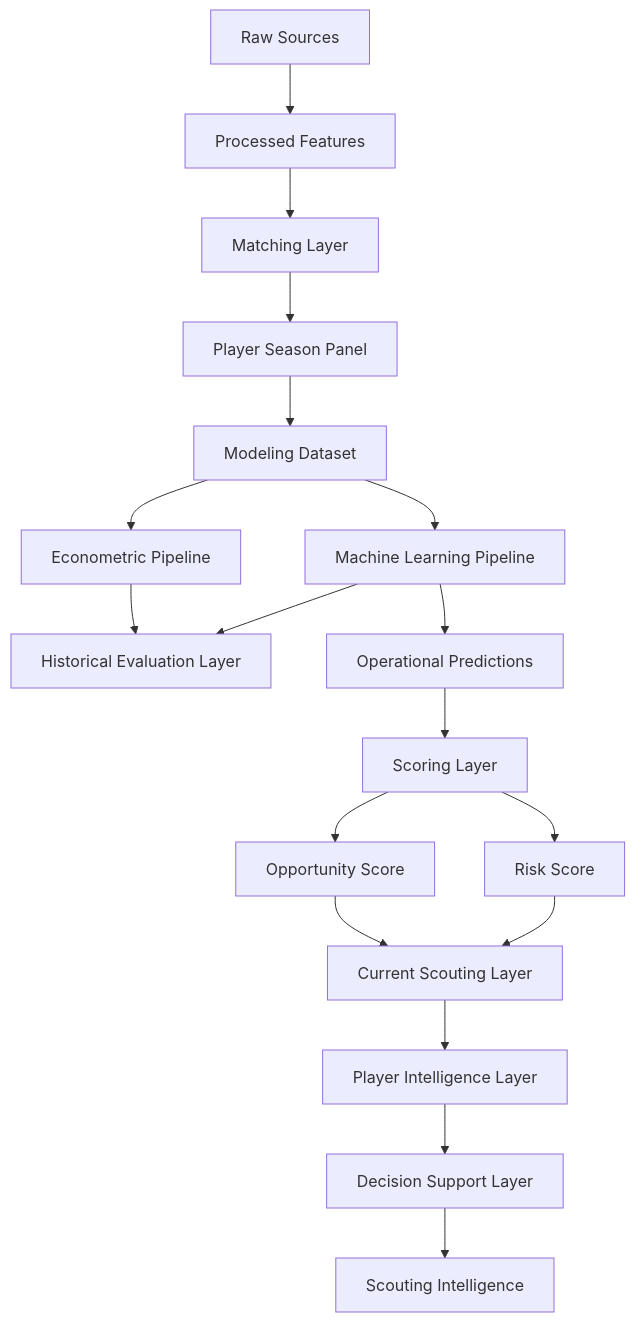
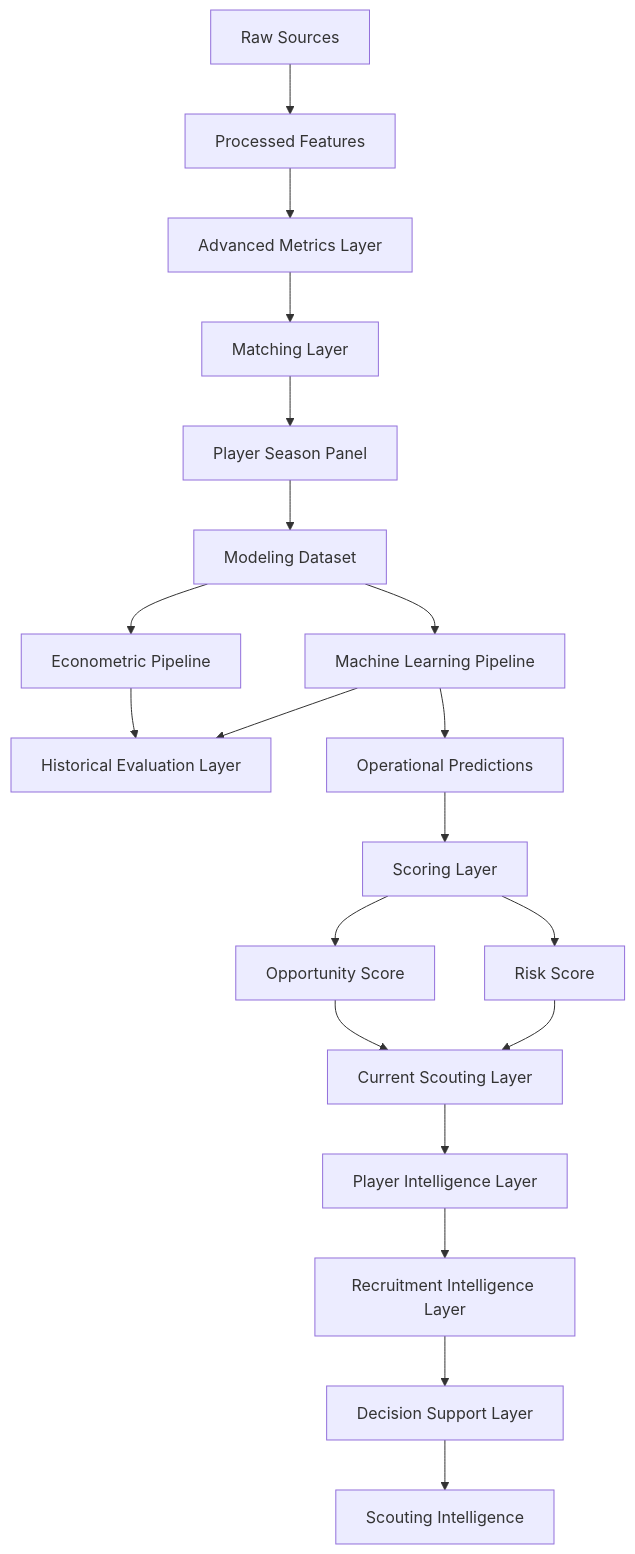
One commit to manuelpeba/market-value-football-tfm changed the diagram in docs/schema_decisions.md. Above: the diagram before and after it, drawn with Mermaid. The commit also changed other lines of this file and 15 other files, not shown here.

````diff
--- a/docs/schema_decisions.md
+++ b/docs/schema_decisions.md
@@ -95,34 +104,38 @@
 ```mermaid
 flowchart TD
 
 A[Raw Sources]
 --> B[Processed Features]
 
-B --> C[Matching Layer]
+B --> C[Advanced Metrics Layer]
 
-C --> D[Player Season Panel]
+C --> D[Matching Layer]
 
-D --> E[Modeling Dataset]
+D --> E[Player Season Panel]
 
-E --> F[Econometric Pipeline]
-E --> G[Machine Learning Pipeline]
+E --> F[Modeling Dataset]
 
-F --> H[Historical Evaluation Layer]
-G --> H
+F --> G[Econometric Pipeline]
+F --> H[Machine Learning Pipeline]
 
-G --> I[Operational Predictions]
+G --> I[Historical Evaluation Layer]
+H --> I
 
-I --> J[Scoring Layer]
+H --> J[Operational Predictions]
 
-J --> K[Opportunity Score]
-J --> L[Risk Score]
+J --> K[Scoring Layer]
 
-K --> M[Current Scouting Layer]
-L --> M
+K --> L[Opportunity Score]
+K --> M[Risk Score]
 
-M --> N[Player Intelligence Layer]
+L --> N[Current Scouting Layer]
+M --> N
 
-N --> O[Decision Support Layer]
+N --> O[Player Intelligence Layer]
 
-O --> P[Scouting Intelligence]
+O --> P[Recruitment Intelligence Layer]
+
+P --> Q[Decision Support Layer]
+
+Q --> R[Scouting Intelligence]
 ```
````
